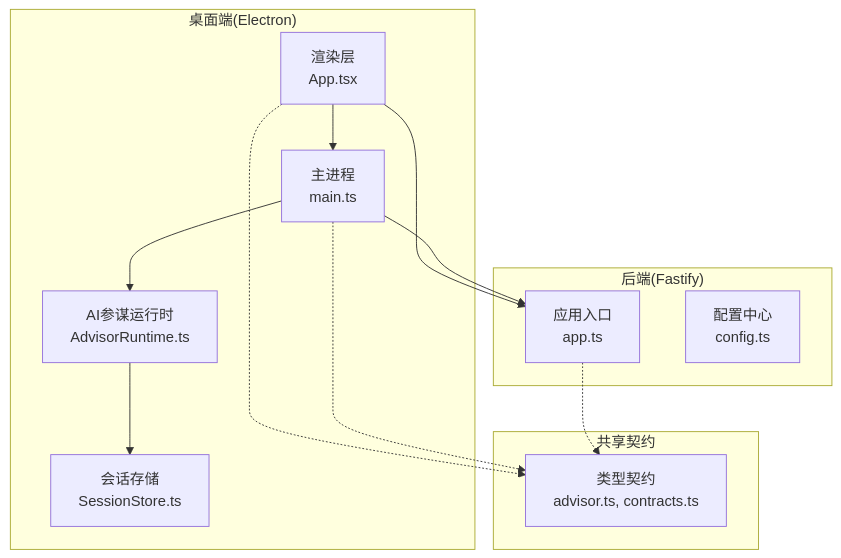
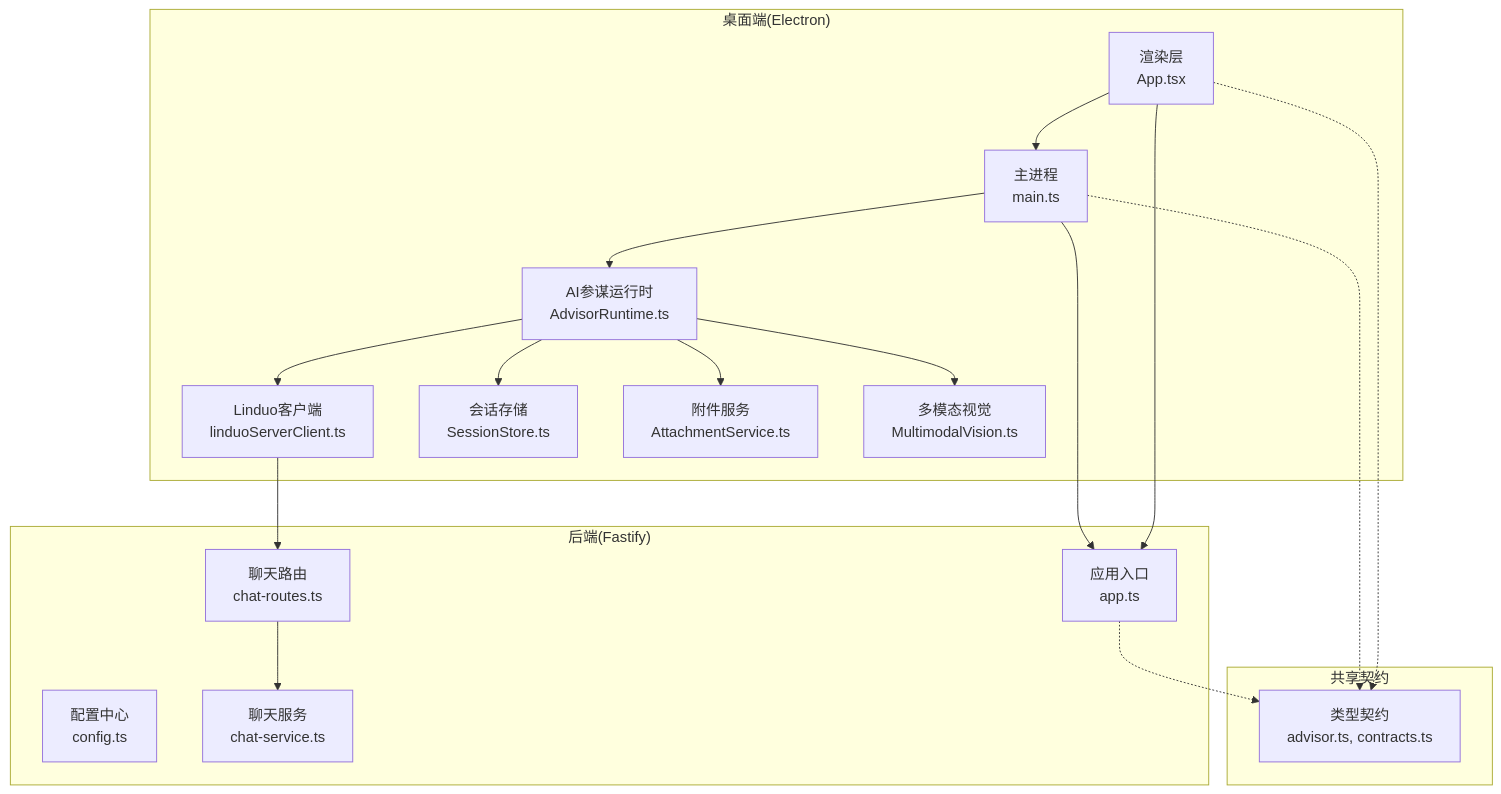
The first of 12 diagrams in .qoder/repowiki/zh/content/核心服务/AI参谋系统架构.md (iljahofbauer219-lang/yandu), drawn with Mermaid before and after one commit. The commit also changed other lines of this file and 340 other files, not shown here.

````diff
--- a/.qoder/repowiki/zh/content/核心服务/AI参谋系统架构.md
+++ b/.qoder/repowiki/zh/content/核心服务/AI参谋系统架构.md
@@ -52,24 +59,34 @@
 ```mermaid
 graph TB
 subgraph "桌面端(Electron)"
 Main["主进程<br/>main.ts"]
 Renderer["渲染层<br/>App.tsx"]
 Advisor["AI参谋运行时<br/>AdvisorRuntime.ts"]
+LinduoClient["Linduo客户端<br/>linduoServerClient.ts"]
 SessionStore["会话存储<br/>SessionStore.ts"]
+AttachmentService["附件服务<br/>AttachmentService.ts"]
+MultimodalVision["多模态视觉<br/>MultimodalVision.ts"]
 end
 subgraph "后端(Fastify)"
 App["应用入口<br/>app.ts"]
 Config["配置中心<br/>config.ts"]
+ChatRoutes["聊天路由<br/>chat-routes.ts"]
+ChatService["聊天服务<br/>chat-service.ts"]
 end
 subgraph "共享契约"
 Contracts["类型契约<br/>advisor.ts, contracts.ts"]
 end
 Renderer --> Main
 Renderer --> App
 Main --> App
 Main --> Advisor
+Advisor --> LinduoClient
 Advisor --> SessionStore
+Advisor --> AttachmentService
+Advisor --> MultimodalVision
+LinduoClient --> ChatRoutes
+ChatRoutes --> ChatService
 Renderer -.-> Contracts
 Main -.-> Contracts
 App -.-> Contracts
 ```
````
